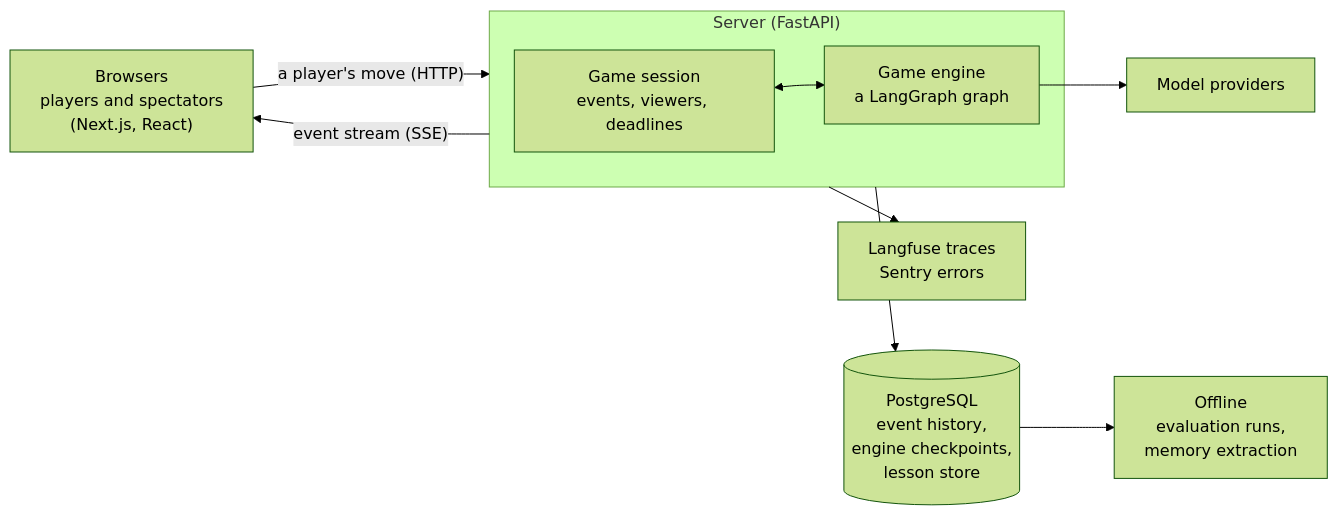
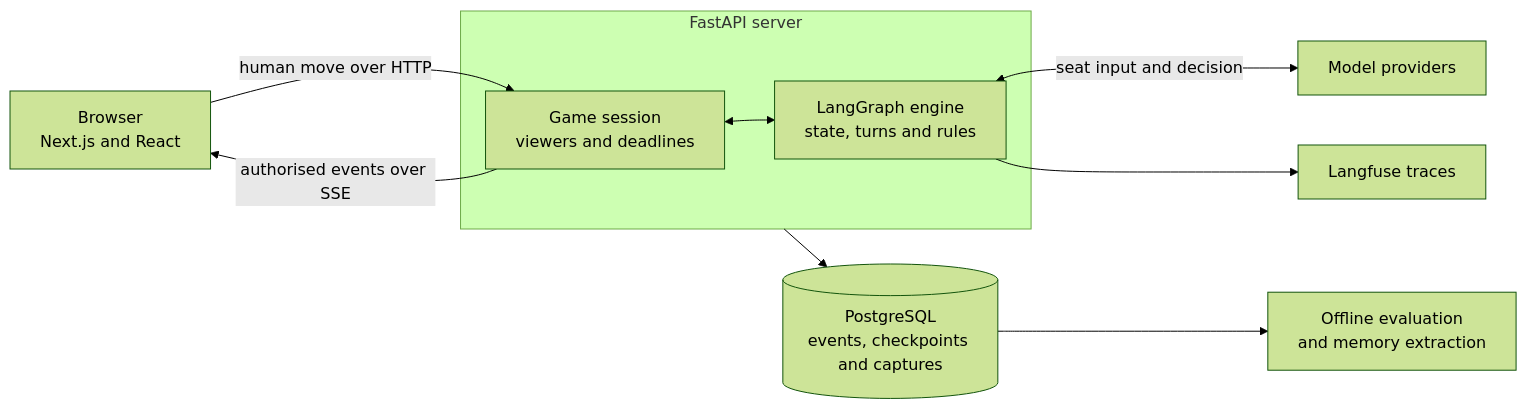
The first of 2 diagrams in writeup/overview.md (Haochen92/werewolf-agent-sim), drawn with Mermaid (forest theme) before and after one commit. The commit also changed other lines of this file and 1 other file, not shown here.

````diff
--- a/writeup/overview.md
+++ b/writeup/overview.md
@@ -69,19 +46,19 @@
 ```mermaid
 flowchart LR
-    BR["Browsers<br/>players and spectators<br/>(Next.js, React)"]
-    subgraph SV["Server (FastAPI)"]
-        GS["Game session<br/>events, viewers, deadlines"]
-        EN["Game engine<br/>a LangGraph graph"]
-        GS <--> EN
+    B["Browser<br/>Next.js and React"]
+    subgraph S["FastAPI server"]
+        G["Game session<br/>viewers and deadlines"]
+        E["LangGraph engine<br/>state, turns and rules"]
+        G <--> E
     end
-    LLM["Model providers"]
-    DB[("PostgreSQL<br/>event history,<br/>engine checkpoints,<br/>lesson store")]
-    OBS["Langfuse traces<br/>Sentry errors"]
-    OFF["Offline<br/>evaluation runs,<br/>memory extraction"]
-    SV -->|"event stream (SSE)"| BR
-    BR -->|"a player's move (HTTP)"| SV
-    EN --> LLM
-    SV --> DB
-    SV --> OBS
-    DB --> OFF
+    M["Model providers"]
+    D[("PostgreSQL<br/>events, checkpoints and captures")]
+    T["Langfuse traces"]
+    O["Offline evaluation<br/>and memory extraction"]
+    B -->|"human move over HTTP"| G
+    G -->|"authorised events over SSE"| B
+    E <-->|"seat input and decision"| M
+    S --> D
+    E --> T
+    D --> O
 ```
````
